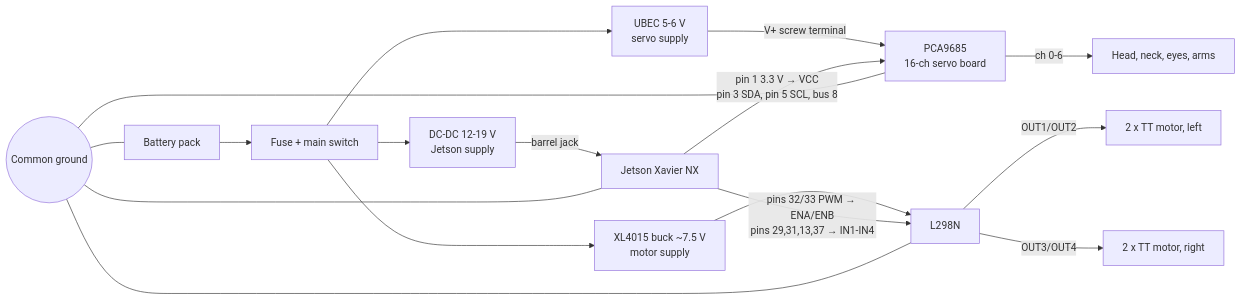
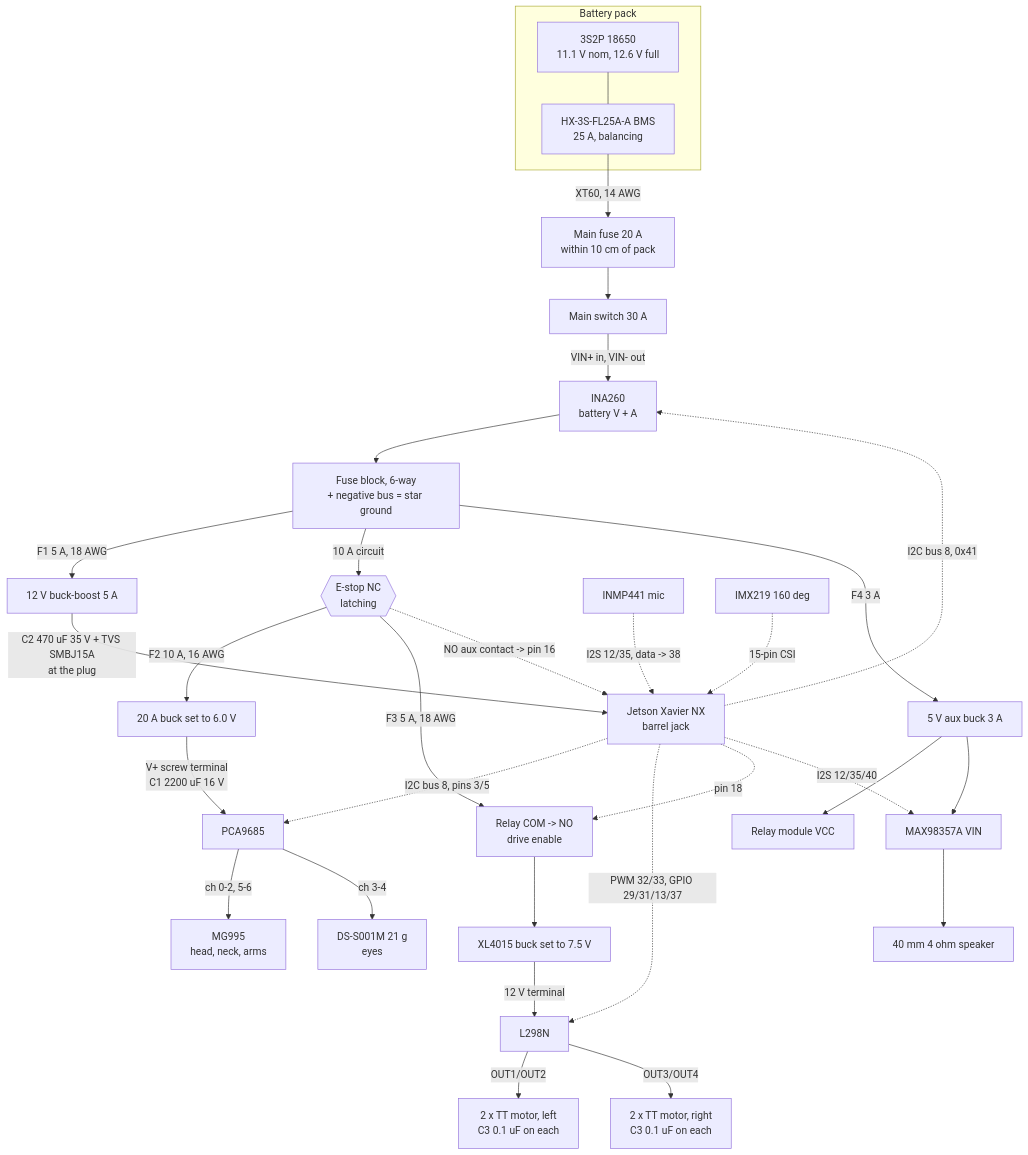
Before and after one commit to Lichter1/Wall-E_2025: the diagram in docs/wiring.md, drawn with Mermaid. The commit also changed other lines of this file and 3 other files, not shown here.

````diff
--- a/docs/wiring.md
+++ b/docs/wiring.md
@@ -7,22 +12,38 @@
 ```mermaid
-flowchart LR
-  BAT[Battery pack] --> FUSE[Fuse + main switch]
-  FUSE --> DCJ[DC-DC 12-19 V<br/>Jetson supply]
-  FUSE --> BEC[UBEC 5-6 V<br/>servo supply]
-  FUSE --> MBUCK[XL4015 buck ~7.5 V<br/>motor supply]
-  MBUCK --> L298[L298N]
+flowchart TB
+  subgraph PACK[Battery pack]
+    CELLS[3S2P 18650<br/>11.1 V nom, 12.6 V full] --- BMS[HX-3S-FL25A-A BMS<br/>25 A, balancing]
+  end
+  BMS -->|XT60, 14 AWG| F0[Main fuse 20 A<br/>within 10 cm of pack]
+  F0 --> SW[Main switch 30 A]
+  SW -->|VIN+ in, VIN- out| INA[INA260<br/>battery V + A]
+  INA --> FB[Fuse block, 6-way<br/>+ negative bus = star ground]
 
-  DCJ -->|barrel jack| JET[Jetson Xavier NX]
-  BEC -->|V+ screw terminal| PCA[PCA9685<br/>16-ch servo board]
+  FB -->|F1 5 A, 18 AWG| BB[12 V buck-boost 5 A]
+  BB -->|C2 470 uF 35 V + TVS SMBJ15A<br/>at the plug| JET[Jetson Xavier NX<br/>barrel jack]
 
-  JET -->|pin 1 3.3 V → VCC<br/>pin 3 SDA, pin 5 SCL, bus 8| PCA
-  JET -->|pins 32/33 PWM → ENA/ENB<br/>pins 29,31,13,37 → IN1-IN4| L298
-  L298 -->|OUT1/OUT2| ML[2 x TT motor, left]
-  L298 -->|OUT3/OUT4| MR[2 x TT motor, right]
-  PCA -->|ch 0-6| SERVOS[Head, neck, eyes, arms]
+  FB -->|10 A circuit| ES{{E-stop NC<br/>latching}}
+  ES -->|F2 10 A, 16 AWG| SBUCK[20 A buck set to 6.0 V]
+  SBUCK -->|V+ screw terminal<br/>C1 2200 uF 16 V| PCA[PCA9685]
+  PCA -->|ch 0-2, 5-6| MG[MG995<br/>head, neck, arms]
+  PCA -->|ch 3-4| MICRO[DS-S001M 21 g<br/>eyes]
 
-  GND((Common ground)) --- JET
-  GND --- PCA
-  GND --- L298
-  GND --- BAT
+  ES -->|F3 5 A, 18 AWG| RLY[Relay COM -> NO<br/>drive enable]
+  RLY --> MBUCK[XL4015 buck set to 7.5 V]
+  MBUCK -->|12 V terminal| L298[L298N]
+  L298 -->|OUT1/OUT2| ML[2 x TT motor, left<br/>C3 0.1 uF on each]
+  L298 -->|OUT3/OUT4| MR[2 x TT motor, right<br/>C3 0.1 uF on each]
+
+  FB -->|F4 3 A| AUX[5 V aux buck 3 A]
+  AUX --> RLYV[Relay module VCC]
+  AUX --> AMP[MAX98357A VIN]
+
+  JET -.->|I2C bus 8, pins 3/5| PCA
+  JET -.->|I2C bus 8, 0x41| INA
+  JET -.->|PWM 32/33, GPIO 29/31/13/37| L298
+  JET -.->|pin 18| RLY
+  ES -.->|NO aux contact -> pin 16| JET
+  JET -.->|I2S 12/35/40| AMP --> SPK[40 mm 4 ohm speaker]
+  MIC[INMP441 mic] -.->|I2S 12/35, data -> 38| JET
+  CAM[IMX219 160 deg] -.->|15-pin CSI| JET
 ```
````
